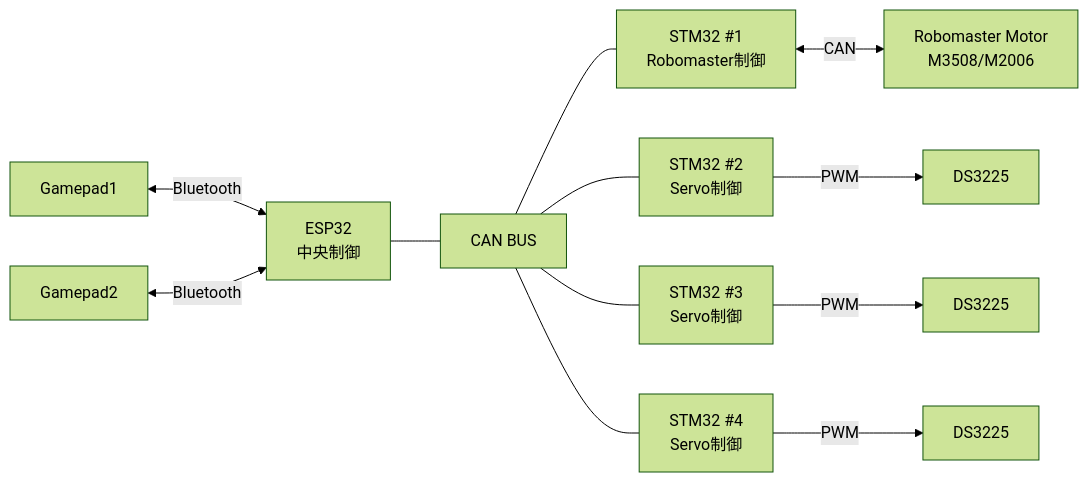
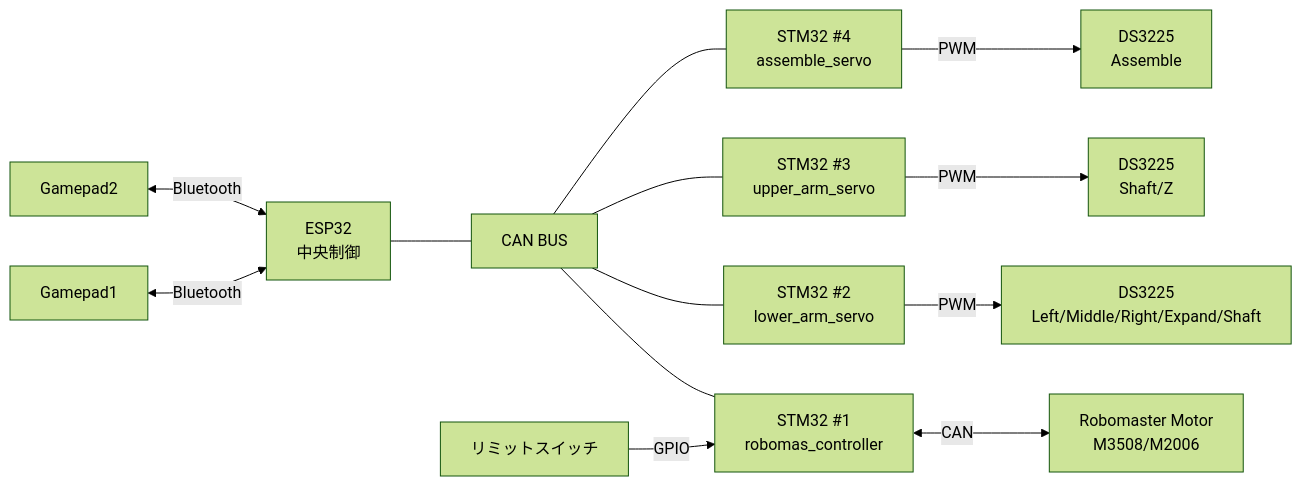
One commit to nyankowan/CatchRobo_2026 changed the diagram in README.md. Above: the diagram before and after it, drawn with Mermaid (forest theme). The commit also changed other lines of this file and 11 other files, not shown here.

````diff
--- a/README.md
+++ b/README.md
@@ -65,17 +79,18 @@
 ```mermaid
 graph LR
     Pad1[Gamepad1] <-->|Bluetooth| ESP32[ESP32<br>中央制御]
     Pad2[Gamepad2] <-->|Bluetooth| ESP32
 
     ESP32 --- CAN[CAN BUS]
 
-    CAN --- STM1[STM32 #1<br>Robomaster制御]
-    CAN --- STM2[STM32 #2<br>Servo制御]
-    CAN --- STM3[STM32 #3<br>Servo制御]
-    CAN --- STM4[STM32 #4<br>Servo制御]
+    CAN --- STM1[STM32 #1<br>robomas_controller]
+    CAN --- STM2[STM32 #2<br>lower_arm_servo]
+    CAN --- STM3[STM32 #3<br>upper_arm_servo]
+    CAN --- STM4[STM32 #4<br>assemble_servo]
 
     STM1 <-->|CAN| Motor[Robomaster Motor<br>M3508/M2006]
-    STM2 -->|PWM| Servo1[DS3225]
-    STM3 -->|PWM| Servo2[DS3225]
-    STM4 -->|PWM| Servo3[DS3225]
+    Limit[リミットスイッチ] -->|GPIO| STM1
+    STM2 -->|PWM| Servo1[DS3225<br>Left/Middle/Right/Expand/Shaft]
+    STM3 -->|PWM| Servo2[DS3225<br>Shaft/Z]
+    STM4 -->|PWM| Servo3[DS3225<br>Assemble]
 ```
````
